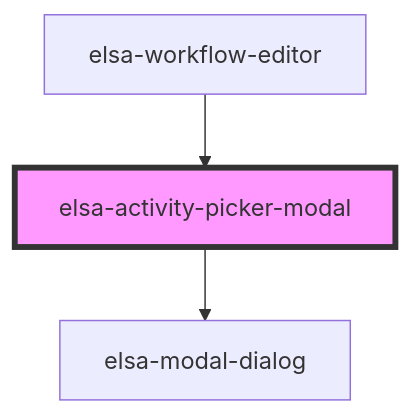
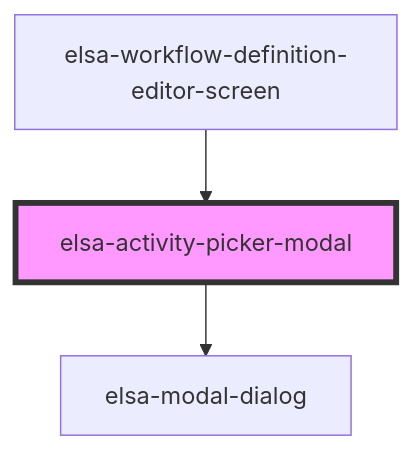
One commit to elsa-workflows/elsa-core changed the diagram in src/designer/elsa-workflows-studio/src/components/pickers/elsa-activity-picker-modal/readme.md. Above: the diagram before and after it, drawn with Mermaid. The commit also changed other lines of this file and 32 other files, not shown here.

````diff
--- a/src/designer/elsa-workflows-studio/src/components/pickers/elsa-activity-picker-modal/readme.md
+++ b/src/designer/elsa-workflows-studio/src/components/pickers/elsa-activity-picker-modal/readme.md
@@ -19,6 +19,6 @@
 ```mermaid
 graph TD;
   elsa-activity-picker-modal --> elsa-modal-dialog
-  elsa-workflow-editor --> elsa-activity-picker-modal
+  elsa-workflow-definition-editor-screen --> elsa-activity-picker-modal
   style elsa-activity-picker-modal fill:#f9f,stroke:#333,stroke-width:4px
 ```
````
